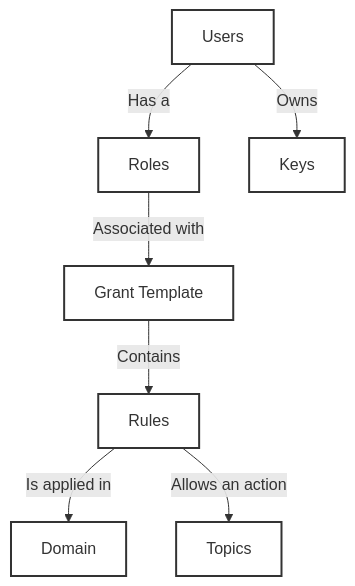
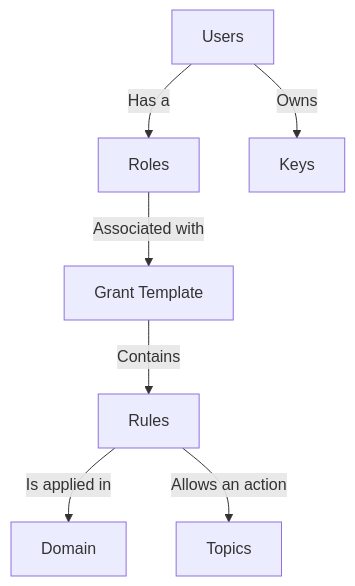
One commit to argelion14/TFM-AngelAmadeoGonzalezRuiz changed the diagram in README.md. Above: the diagram before and after it, drawn with Mermaid.

Commit message:
No estiles

````diff
--- a/README.md
+++ b/README.md
@@ -173,13 +173,10 @@
 ```mermaid
 flowchart TD
     A[Users] -->|Has a| R[Roles]
     A -->|Owns| K[Keys]
     R -->|Associated with| G[Grant Template]
     G -->|Contains| Rules[Rules]
     Rules -->|Is applied in| D[Domain]
     Rules -->|Allows an action| T[Topics]
 
-    classDef whitefill fill:#ffffff,stroke:#333,stroke-width:2px;
-
-    class A,R,G,Rules,D,T,K whitefill;
 ```
````
